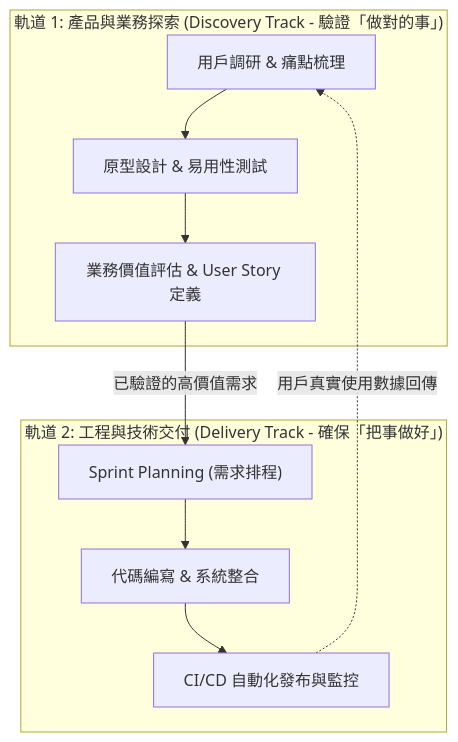
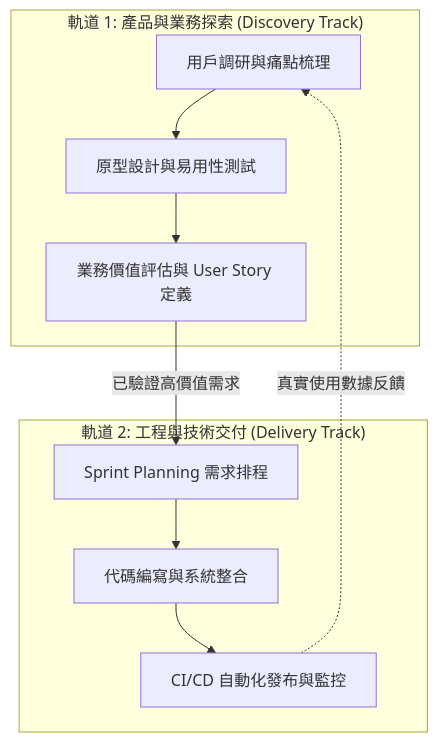
One commit to billy1030/digital-tranformation-learning changed the second of 3 diagrams in 06-execution-playbook-and-governance.md. Above: the diagram before and after it, drawn with Mermaid. The commit also changed 1 other file, not shown here.

Commit message:
fix(mermaid): simplify and sanitize diagram 06.2 dual-track agile syntax

````diff
--- a/06-execution-playbook-and-governance.md
+++ b/06-execution-playbook-and-governance.md
@@ -50,13 +50,15 @@
 ```mermaid
 flowchart TD
-    subgraph T1["軌道 1: 產品與業務探索 (Discovery Track - 驗證「做對的事」)"]
-        D1["用戶調研 & 痛點梳理"] --> D2["原型設計 & 易用性測試"] --> D3["業務價值評估 & User Story 定義"]
+    subgraph Track1["軌道 1: 產品與業務探索 (Discovery Track)"]
+        D1["用戶調研與痛點梳理"] --> D2["原型設計與易用性測試"]
+        D2 --> D3["業務價值評估與 User Story 定義"]
     end
 
-    subgraph T2["軌道 2: 工程與技術交付 (Delivery Track - 確保「把事做好」)"]
-        E1["Sprint Planning (需求排程)"] --> E2["代碼編寫 & 系統整合"] --> E3["CI/CD 自動化發布與監控"]
+    subgraph Track2["軌道 2: 工程與技術交付 (Delivery Track)"]
+        E1["Sprint Planning 需求排程"] --> E2["代碼編寫與系統整合"]
+        E2 --> E3["CI/CD 自動化發布與監控"]
     end
 
-    D3 -->|"已驗證的高價值需求"| E1
-    E3 -.->|"用戶真實使用數據回傳"| D1
+    D3 -->|"已驗證高價值需求"| E1
+    E3 -.->|"真實使用數據反饋"| D1
 ```
````
